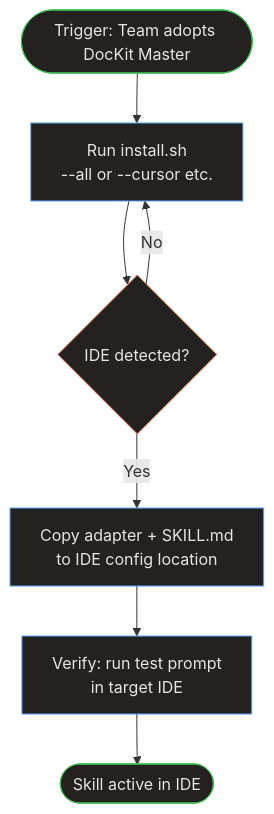
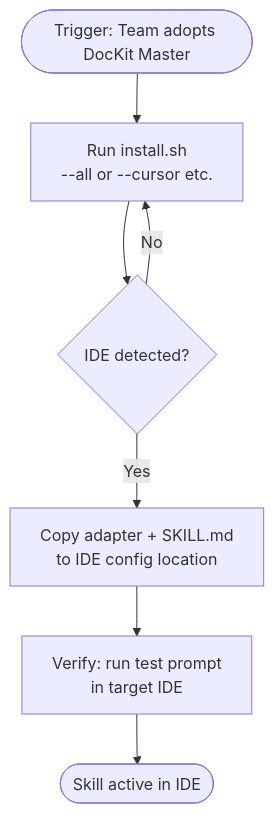
One commit to relukdev/doc-kit changed the diagram in astro-site/src/content/docs/flows/wf-installation.md. Above: the diagram before and after it, drawn with Mermaid. The commit also changed 48 other files, not shown here.

First line of the commit message:
fix: remove hard-coded Mermaid dark-mode colors, use native themes for light/dark

````diff
--- a/astro-site/src/content/docs/flows/wf-installation.md
+++ b/astro-site/src/content/docs/flows/wf-installation.md
@@ -20,20 +20,14 @@
 ```mermaid
 graph TB
-    style Start fill:#232221,stroke:#3fb950,color:#E8E5DF
-    style End fill:#232221,stroke:#3fb950,color:#E8E5DF
-    style A fill:#232221,stroke:#60A5FA,color:#E8E5DF
-    style B fill:#232221,stroke:#60A5FA,color:#E8E5DF
-    style C fill:#232221,stroke:#60A5FA,color:#E8E5DF
-    style D fill:#232221,stroke:#f78166,color:#E8E5DF
 
     Start(["Trigger: Team adopts DocKit Master"])
     A["Run install.sh\n--all or --cursor etc."]
     D{"IDE detected?"}
     B["Copy adapter + SKILL.md\nto IDE config location"]
     C["Verify: run test prompt\nin target IDE"]
     End(["Skill active in IDE"])
 
     Start --> A --> D
     D -->|"Yes"| B --> C --> End
     D -->|"No"| A
 ```
````
